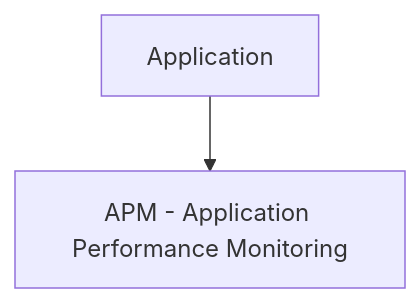
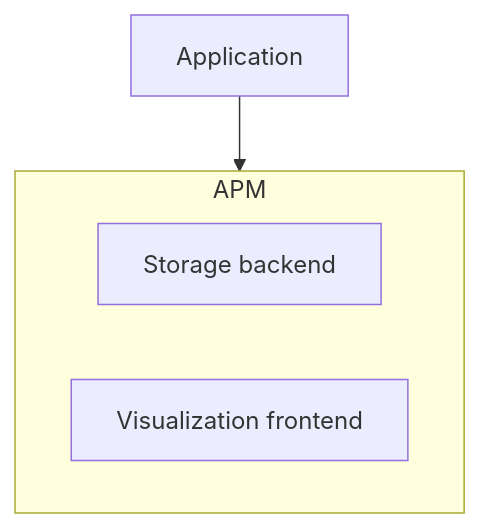
Before and after one commit to idle-code/OpenTelemetryDemo: the third of 4 diagrams in OtelSlides/pages/why-opentelemetry.md, drawn with Mermaid. The commit also changed other lines of this file and 21 other files, not shown here.

````diff
--- a/OtelSlides/pages/why-opentelemetry.md
+++ b/OtelSlides/pages/why-opentelemetry.md
@@ -27,7 +42,10 @@
 ```mermaid
 graph TD;
     app["Application"]
-    apm["APM - Application Performance Monitoring"]
+    subgraph apm["APM"]
+        backend["Storage backend"]
+        fronted["Visualization frontend"]
+    end
     
     app --> apm
 ```
````
